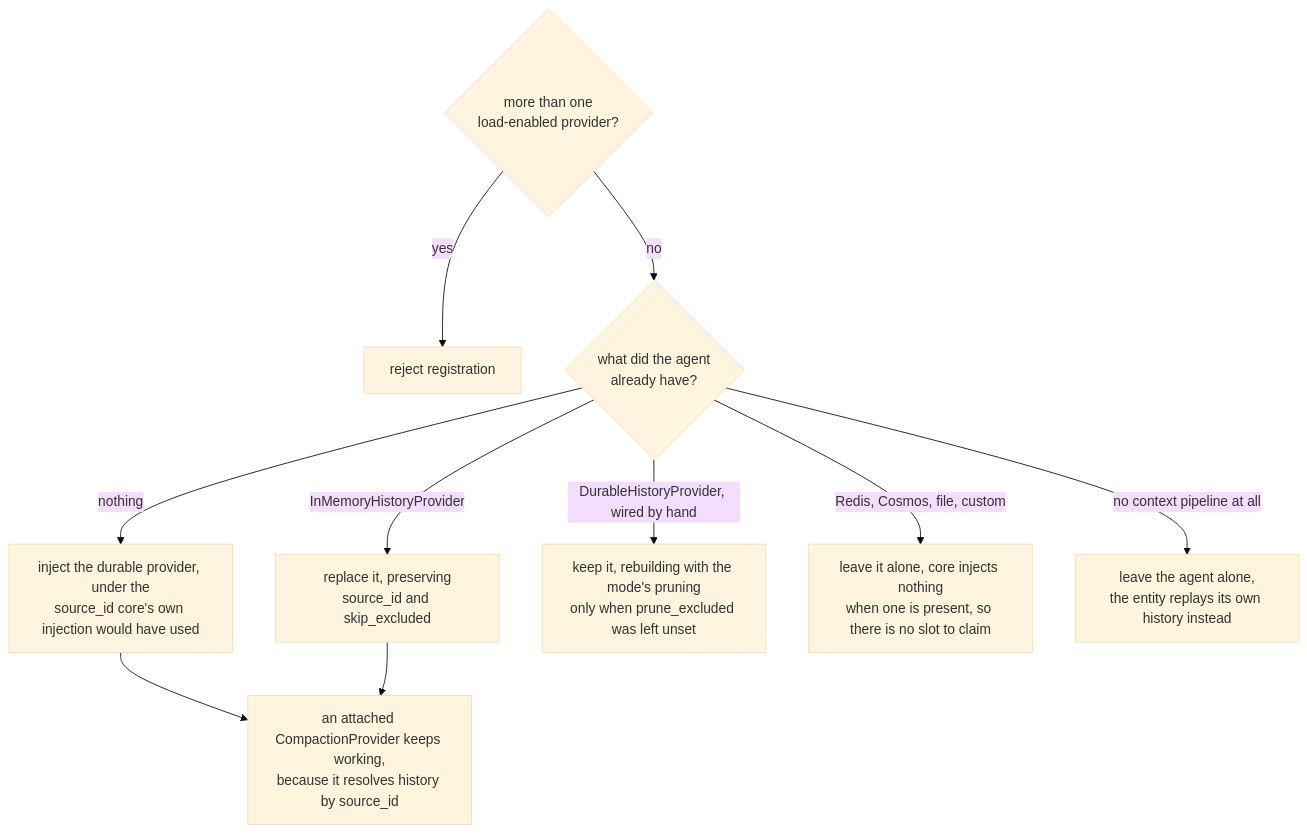
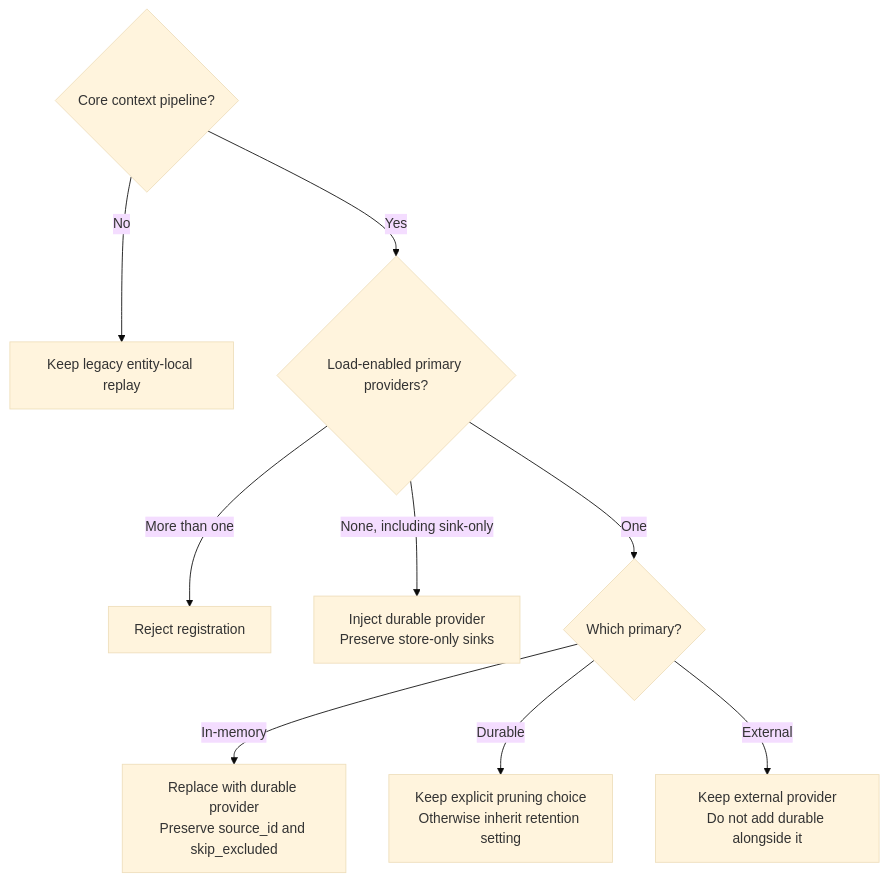
Before and after one commit to microsoft/agent-framework-durable-extension: the sixth of 6 diagrams in docs/decisions/0032-durable-thread-compaction.md, drawn with Mermaid (base theme). The commit also changed other lines of this file, not shown here.

First line of the commit message:
docs: clarify provider-independent execution state

````diff
--- a/docs/decisions/0032-durable-thread-compaction.md
+++ b/docs/decisions/0032-durable-thread-compaction.md
@@ -786,17 +891,12 @@
 ```mermaid
 flowchart TB
-    CHECK{"more than one<br/>load-enabled provider?"}
-    REJECT["reject registration"]
-    Q{"what did the agent<br/>already have?"}
-
-    CHECK -->|"yes"| REJECT
-    CHECK -->|"no"| Q
-    Q -->|"nothing"| INJ["inject the durable provider, under the<br/>source_id core's own injection would have used"]
-    Q -->|"InMemoryHistoryProvider"| REP["replace it, preserving<br/>source_id and skip_excluded"]
-    Q -->|"DurableHistoryProvider, wired by hand"| KEEP["keep it, rebuilding with the mode's pruning<br/>only when prune_excluded was left unset"]
-    Q -->|"Redis, Cosmos, file, custom"| LEAVE["leave it alone, core injects nothing<br/>when one is present, so there is no slot to claim"]
-    Q -->|"no context pipeline at all"| NONE["leave the agent alone,<br/>the entity replays its own history instead"]
-
-    INJ --> SRC["an attached CompactionProvider keeps working,<br/>because it resolves history by source_id"]
-    REP --> SRC
+  PIPE{"Core context pipeline?"}
+  PIPE -->|"No"| LEGACY["Keep legacy entity-local replay"]
+  PIPE -->|"Yes"| COUNT{"Load-enabled primary providers?"}
+  COUNT -->|"More than one"| REJECT["Reject registration"]
+  COUNT -->|"None, including sink-only"| INJECT["Inject durable provider<br/>Preserve store-only sinks"]
+  COUNT -->|"One"| TYPE{"Which primary?"}
+  TYPE -->|"In-memory"| REPLACE["Replace with durable provider<br/>Preserve source_id and skip_excluded"]
+  TYPE -->|"Durable"| KEEP["Keep explicit pruning choice<br/>Otherwise inherit retention setting"]
+  TYPE -->|"External"| EXTERNAL["Keep external provider<br/>Do not add durable alongside it"]
 ```
````
